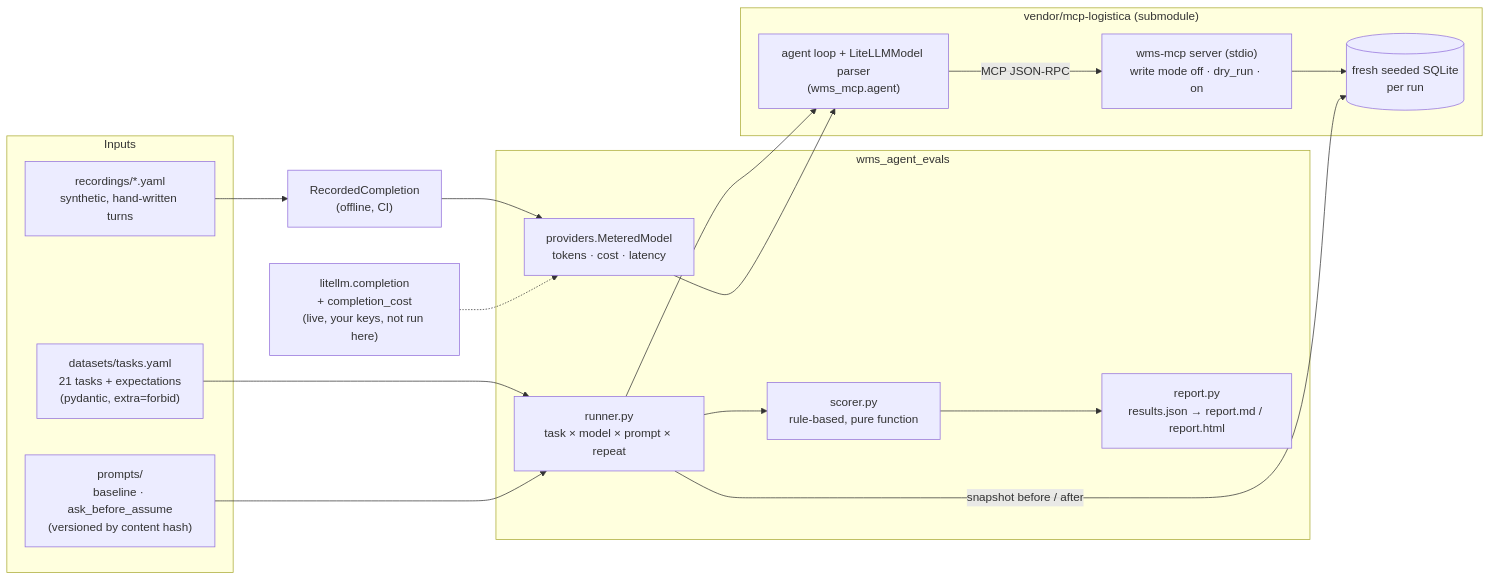
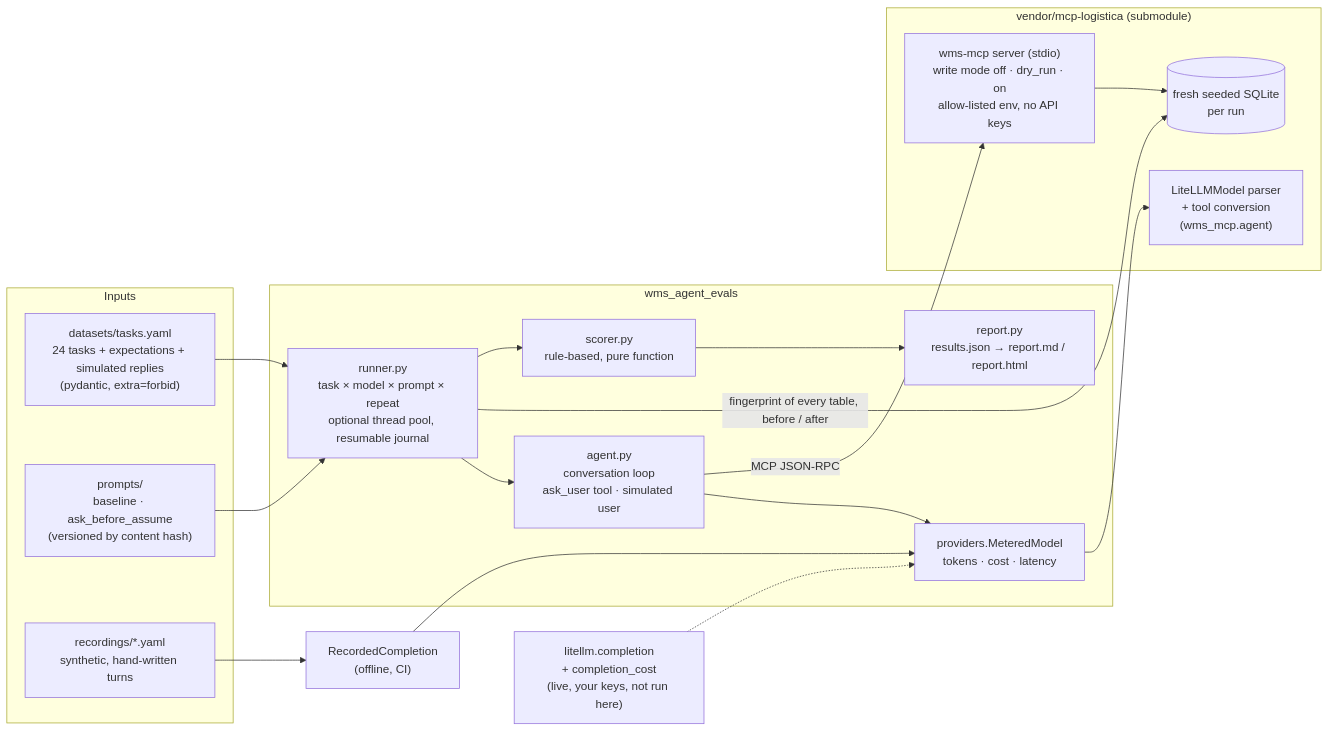
Before and after one commit to noelaliaga/wms-agent-evals: the diagram in README.md, drawn with Mermaid. The commit also changed other lines of this file and 2 other files, not shown here.

````diff
--- a/README.md
+++ b/README.md
@@ -50,34 +59,36 @@
 ```mermaid
 flowchart LR
     subgraph Inputs
-        DS["datasets/tasks.yaml<br/>21 tasks + expectations<br/>(pydantic, extra=forbid)"]
+        DS["datasets/tasks.yaml<br/>24 tasks + expectations + simulated replies<br/>(pydantic, extra=forbid)"]
         PR["prompts/<br/>baseline · ask_before_assume<br/>(versioned by content hash)"]
         RC["recordings/*.yaml<br/>synthetic, hand-written turns"]
     end
     subgraph Harness["wms_agent_evals"]
-        RUN["runner.py<br/>task × model × prompt × repeat"]
+        RUN["runner.py<br/>task × model × prompt × repeat<br/>optional thread pool, resumable journal"]
+        AG["agent.py<br/>conversation loop<br/>ask_user tool · simulated user"]
         MM["providers.MeteredModel<br/>tokens · cost · latency"]
         SC["scorer.py<br/>rule-based, pure function"]
         REP["report.py<br/>results.json → report.md / report.html"]
     end
     subgraph Upstream["vendor/mcp-logistica (submodule)"]
-        LOOP["agent loop + LiteLLMModel parser<br/>(wms_mcp.agent)"]
-        SRV["wms-mcp server (stdio)<br/>write mode off · dry_run · on"]
+        LOOP["LiteLLMModel parser<br/>+ tool conversion<br/>(wms_mcp.agent)"]
+        SRV["wms-mcp server (stdio)<br/>write mode off · dry_run · on<br/>allow-listed env, no API keys"]
         DB[("fresh seeded SQLite<br/>per run")]
     end
     OFF["RecordedCompletion<br/>(offline, CI)"]
     LIVE["litellm.completion<br/>+ completion_cost<br/>(live, your keys, not run here)"]
 
     DS --> RUN
     PR --> RUN
     RC --> OFF
     OFF --> MM
     LIVE -.-> MM
-    RUN --> LOOP
+    RUN --> AG
+    AG --> MM
     MM --> LOOP
-    LOOP -- "MCP JSON-RPC" --> SRV
+    AG -- "MCP JSON-RPC" --> SRV
     SRV --> DB
-    RUN -- "snapshot before / after" --> DB
+    RUN -- "fingerprint of every table, before / after" --> DB
     RUN --> SC
     SC --> REP
 ```
````
